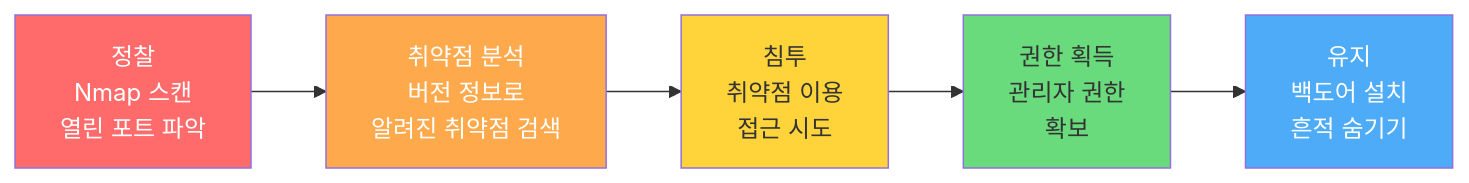
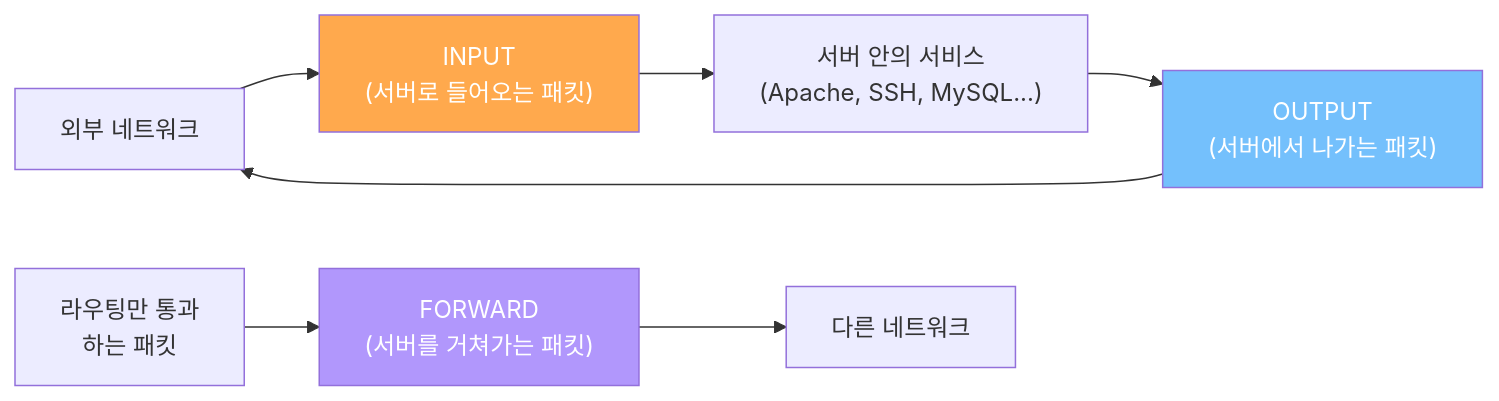
Before and after one commit to sbaek100/sbaek100.github.io: the fifth of 8 diagrams in _posts/securitysystem/2026-03-26-SecuritySystem-7-1.md, drawn with Mermaid. The commit also changed other lines of this file and 3 other files, not shown here.

````diff
--- a/_posts/securitysystem/2026-03-26-SecuritySystem-7-1.md
+++ b/_posts/securitysystem/2026-03-26-SecuritySystem-7-1.md
@@ -110,12 +364,12 @@
 ```mermaid
 flowchart LR
-    A["정찰<br/>Nmap 스캔<br/>열린 포트 파악"] --> B["취약점 분석<br/>버전 정보로<br/>알려진 취약점 검색"]
-    B --> C["침투<br/>취약점 이용<br/>접근 시도"]
-    C --> D["권한 획득<br/>관리자 권한<br/>확보"]
-    D --> E["유지<br/>백도어 설치<br/>흔적 숨기기"]
-    style A fill:#ff6b6b,color:#fff
-    style B fill:#ffa94d,color:#fff
-    style C fill:#ffd43b,color:#333
-    style D fill:#69db7c,color:#333
-    style E fill:#4dabf7,color:#fff
+    NET["외부 네트워크"] --> IN["INPUT<br/>(서버로 들어오는 패킷)"]
+    IN --> APP["서버 안의 서비스<br/>(Apache, SSH, MySQL...)"]
+    APP --> OUT["OUTPUT<br/>(서버에서 나가는 패킷)"]
+    OUT --> NET
+    NET2["라우팅만 통과<br/>하는 패킷"] --> FWD["FORWARD<br/>(서버를 거쳐가는 패킷)"]
+    FWD --> NET3["다른 네트워크"]
+    style IN fill:#ffa94d,color:#fff
+    style OUT fill:#74c0fc,color:#fff
+    style FWD fill:#b197fc,color:#fff
 ```
````
